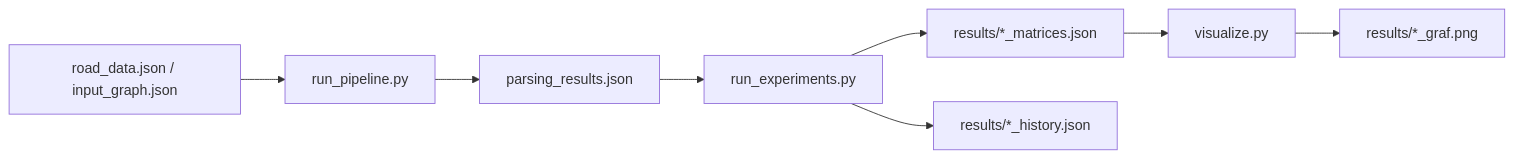
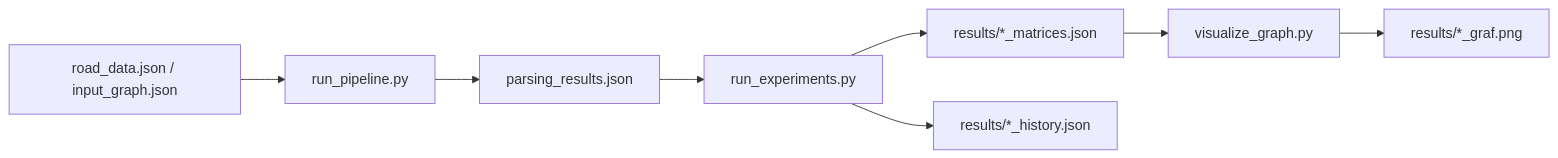
Before and after one commit to Madaszo/BO: the diagram in docs/TECHNICAL_DOCUMENTATION.md, drawn with Mermaid. The commit also changed other lines of this file and 19 other files, not shown here.

````diff
--- a/docs/TECHNICAL_DOCUMENTATION.md
+++ b/docs/TECHNICAL_DOCUMENTATION.md
@@ -14,10 +14,10 @@
 ```mermaid
 flowchart LR
     A[road_data.json / input_graph.json] --> B[run_pipeline.py]
     B --> C[parsing_results.json]
     C --> D[run_experiments.py]
     D --> E[results/*_matrices.json]
     D --> F[results/*_history.json]
-    E --> G[visualize.py]
+    E --> G[visualize_graph.py]
     G --> H[results/*_graf.png]
 ```
````
